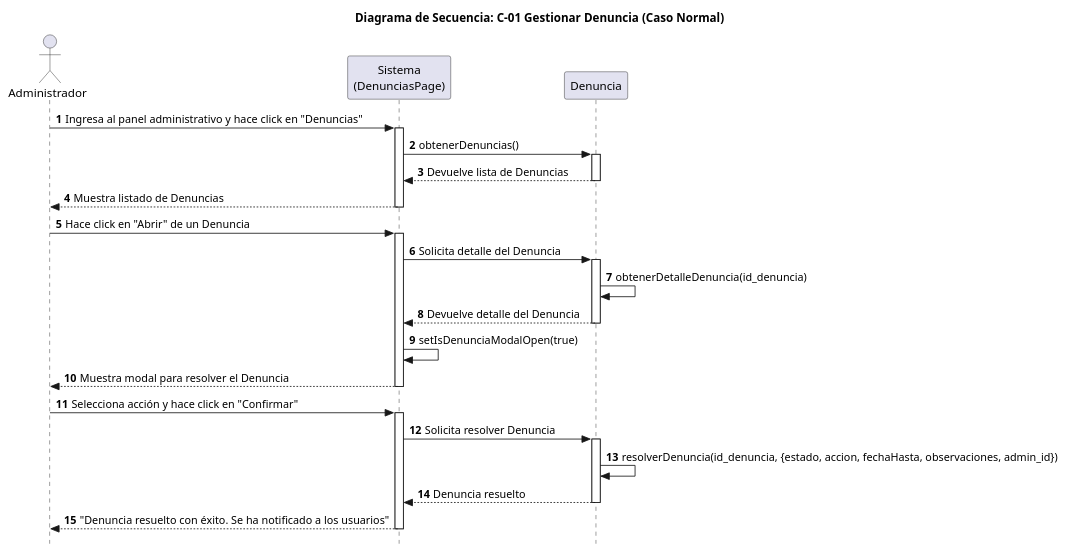
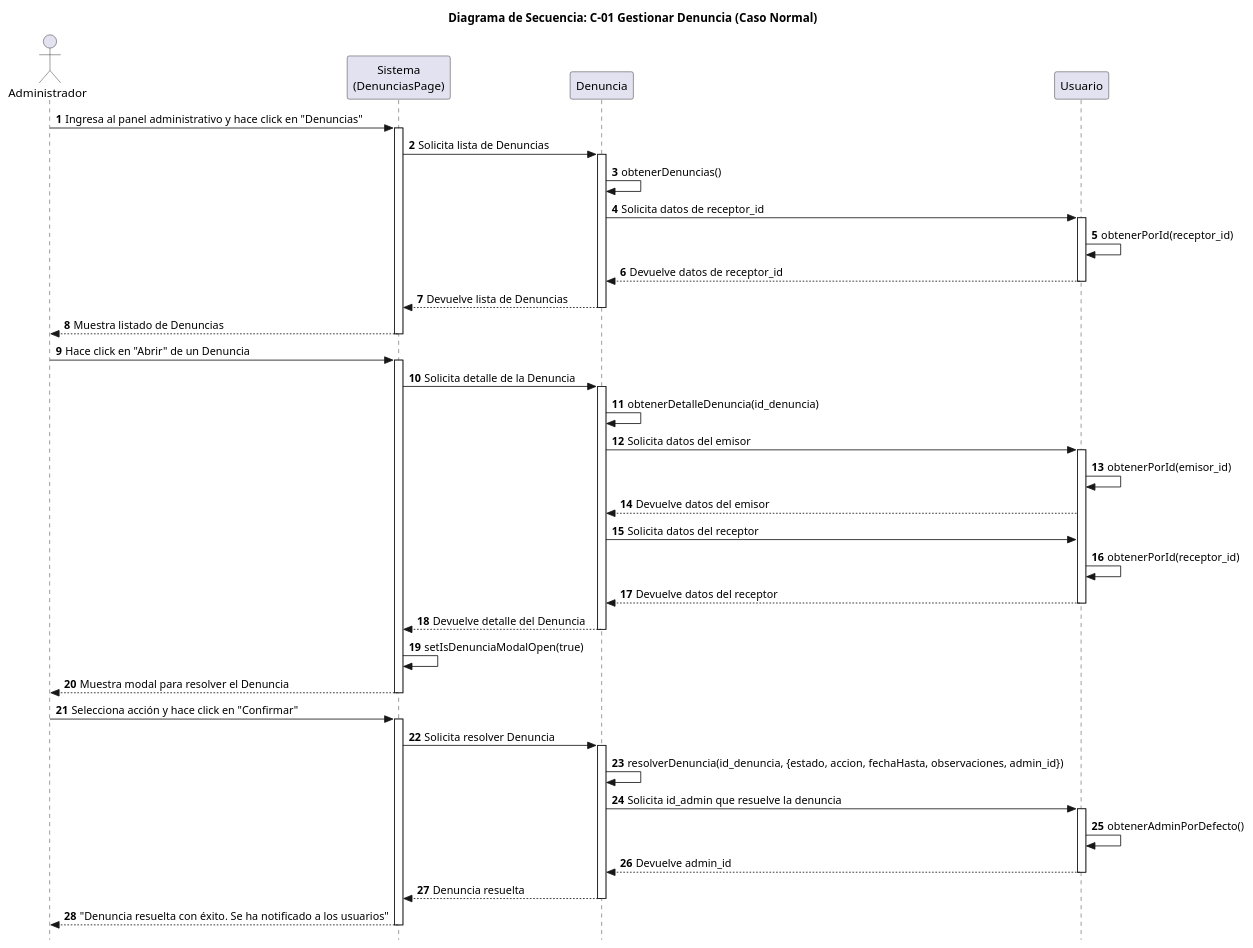
The diagram in docs/puml/diagramas_de_Secuencia_Sabrina/C-01Gestionar Denuncia(Caso Normal).puml (SantiagoScetti/sic-unne-admin), drawn with PlantUML before and after one commit. The commit also changed 3 other files, not shown here.

Commit message:
Cambios en codigos uml para diagrama de secuencias

```diff
--- a/docs/puml/diagramas_de_Secuencia_Sabrina/C-01Gestionar Denuncia(Caso Normal).puml
+++ b/docs/puml/diagramas_de_Secuencia_Sabrina/C-01Gestionar Denuncia(Caso Normal).puml
@@ -2,45 +2,66 @@
 @startuml
 
 title Diagrama de Secuencia: C-01 Gestionar Denuncia (Caso Normal)
 
 skinparam style strictuml
 skinparam ParticipantPadding 30
 skinparam BoxPadding 12
 
 autonumber
 
 actor Administrador
 participant "Sistema\n(DenunciasPage)" as Interfaz
 participant "Denuncia"                   as Denuncia
+participant "Usuario"
 
 
 Administrador -> Interfaz: Ingresa al panel administrativo y hace click en "Denuncias"
 activate Interfaz
-Interfaz -> Denuncia: obtenerDenuncias()
+Interfaz -> Denuncia: Solicita lista de Denuncias
 activate Denuncia
+Denuncia -> Denuncia: obtenerDenuncias()
+Denuncia -> Usuario: Solicita datos de receptor_id
+activate Usuario
+Usuario -> Usuario: obtenerPorId(receptor_id)
+Usuario --> Denuncia: Devuelve datos de receptor_id
+deactivate Usuario
 Denuncia --> Interfaz: Devuelve lista de Denuncias
 deactivate Denuncia
 Interfaz --> Administrador: Muestra listado de Denuncias
 deactivate Interfaz
 Administrador -> Interfaz: Hace click en "Abrir" de un Denuncia
 activate Interfaz
-Interfaz -> Denuncia: Solicita detalle del Denuncia
+Interfaz -> Denuncia: Solicita detalle de la Denuncia
 activate Denuncia
 Denuncia -> Denuncia: obtenerDetalleDenuncia(id_denuncia)
+Denuncia -> Usuario: Solicita datos del emisor
+activate Usuario
+Usuario -> Usuario: obtenerPorId(emisor_id)
+Usuario --> Denuncia: Devuelve datos del emisor
+Denuncia -> Usuario: Solicita datos del receptor
+Usuario -> Usuario: obtenerPorId(receptor_id)
+Usuario --> Denuncia: Devuelve datos del receptor
+deactivate Usuario
+
 Denuncia --> Interfaz: Devuelve detalle del Denuncia
 deactivate Denuncia
 Interfaz -> Interfaz: setIsDenunciaModalOpen(true)
 Interfaz --> Administrador: Muestra modal para resolver el Denuncia
 deactivate Interfaz
 Administrador -> Interfaz: Selecciona acción y hace click en "Confirmar"
 activate Interfaz
 Interfaz -> Denuncia: Solicita resolver Denuncia
 activate Denuncia
 Denuncia -> Denuncia: resolverDenuncia(id_denuncia, {estado, accion, fechaHasta, observaciones, admin_id})
-Denuncia --> Interfaz: Denuncia resuelto
+Denuncia -> Usuario: Solicita id_admin que resuelve la denuncia
+activate Usuario
+Usuario -> Usuario: obtenerAdminPorDefecto()
+Usuario --> Denuncia: Devuelve admin_id
+deactivate Usuario
+Denuncia --> Interfaz: Denuncia resuelta
 deactivate Denuncia
-Interfaz --> Administrador: "Denuncia resuelto con éxito. Se ha notificado a los usuarios"
+Interfaz --> Administrador: "Denuncia resuelta con éxito. Se ha notificado a los usuarios"
 
 deactivate Interfaz
 
 @enduml
```
